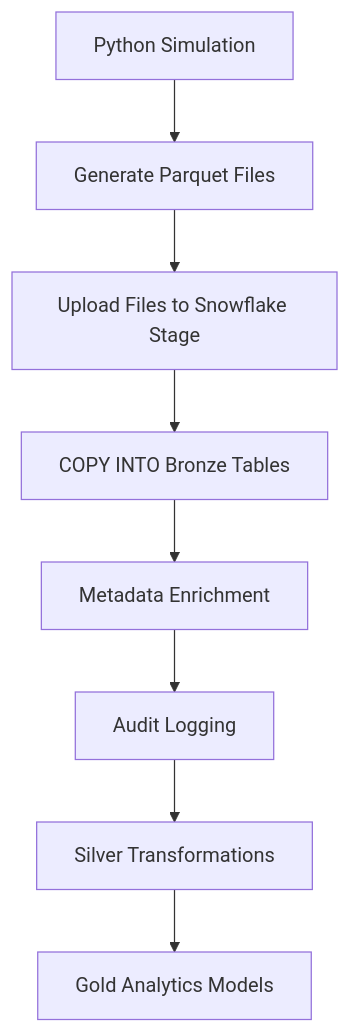
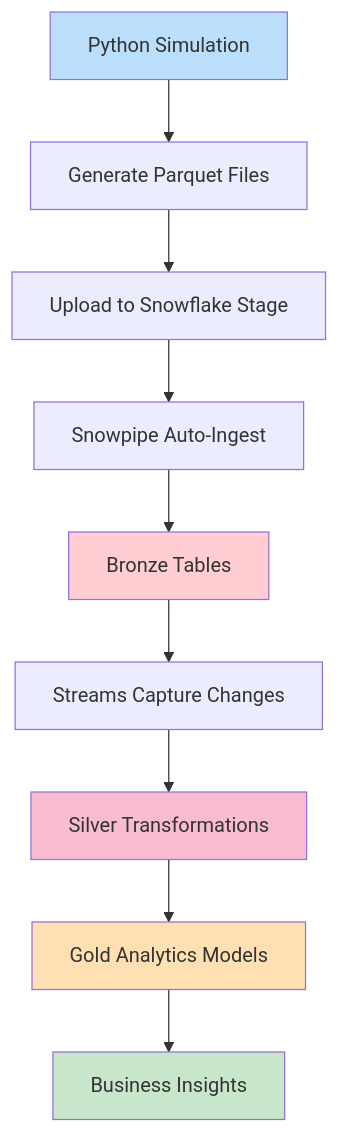
The second of 2 diagrams in README.md (Shivam24012001/logistics-snowpark-platform), drawn with Mermaid before and after one commit. The commit also changed other lines of this file, not shown here.

````diff
--- a/README.md
+++ b/README.md
@@ -66,17 +68,17 @@
 ```mermaid
 flowchart TD
-
-A[Python Simulation] --> B[Generate Parquet Files]
-
-B --> C[Upload Files to Snowflake Stage]
-
-C --> D[COPY INTO Bronze Tables]
-
-D --> E[Metadata Enrichment]
-
-E --> F[Audit Logging]
-
-F --> G[Silver Transformations]
-
-G --> H[Gold Analytics Models]
+    A[Python Simulation] --> B[Generate Parquet Files]
+    B --> C[Upload to Snowflake Stage]
+    C --> D[Snowpipe Auto-Ingest]
+    D --> E[Bronze Tables]
+    E --> F[Streams Capture Changes]
+    F --> G[Silver Transformations]
+    G --> H[Gold Analytics Models]
+    H --> I[Business Insights]
+    
+    style A fill:#bbdefb
+    style E fill:#ffcdd2
+    style G fill:#f8bbd0
+    style H fill:#ffe0b2
+    style I fill:#c8e6c9
 ```
````
